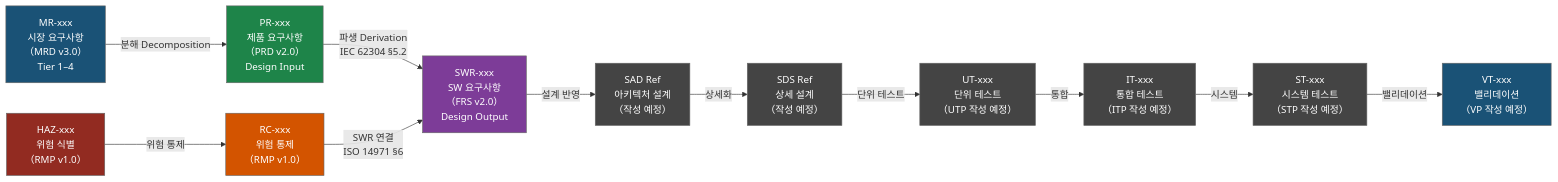
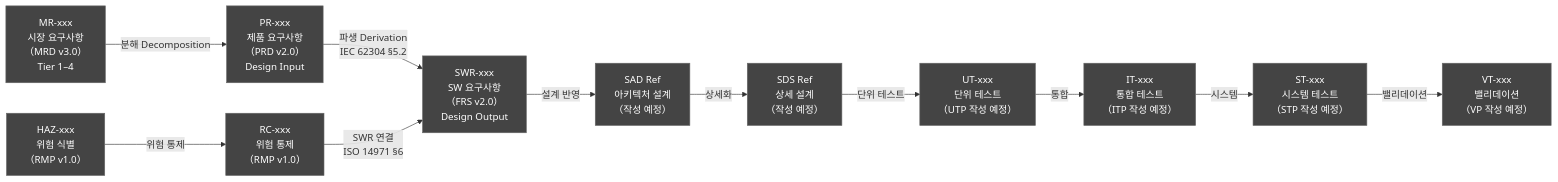
One commit to holee9/console-gui changed the first of 6 diagrams in docs/verification/DOC-032_RTM_v2.0.md. Above: the diagram before and after it, drawn with Mermaid. The commit also changed other lines of this file and 35 other files, not shown here.

First line of the commit message:
fix: 전체 Mermaid 차트 색상 진한 회색 통일

````diff
--- a/docs/verification/DOC-032_RTM_v2.0.md
+++ b/docs/verification/DOC-032_RTM_v2.0.md
@@ -152,35 +152,35 @@
 ```mermaid
 flowchart LR
     MR["MR-xxx\n시장 요구사항\n（MRD v3.0）\nTier 1–4"]
     PR["PR-xxx\n제품 요구사항\n（PRD v2.0）\nDesign Input"]
     SWR["SWR-xxx\nSW 요구사항\n（FRS v2.0）\nDesign Output"]
     SAD["SAD Ref\n아키텍처 설계\n（작성 예정）"]
     SDS["SDS Ref\n상세 설계\n（작성 예정）"]
     UT["UT-xxx\n단위 테스트\n（UTP 작성 예정）"]
     IT["IT-xxx\n통합 테스트\n（ITP 작성 예정）"]
     ST["ST-xxx\n시스템 테스트\n（STP 작성 예정）"]
     VT["VT-xxx\n밸리데이션\n（VP 작성 예정）"]
 
     HAZ["HAZ-xxx\n위험 식별\n（RMP v1.0）"]
     RC["RC-xxx\n위험 통제\n（RMP v1.0）"]
 
     MR -->|"분해 Decomposition"| PR
     PR -->|"파생 Derivation\nIEC 62304 §5.2"| SWR
     SWR -->|"설계 반영"| SAD
     SAD -->|"상세화"| SDS
     SDS -->|"단위 테스트"| UT
     UT -->|"통합"| IT
     IT -->|"시스템"| ST
     ST -->|"밸리데이션"| VT
 
     HAZ -->|"위험 통제"| RC
     RC -->|"SWR 연결\nISO 14971 §6"| SWR
 
     classDef default fill:#444,stroke:#666,color:#fff
-    style MR fill:#1a5276,color:#fff
-    style PR fill:#1e8449,color:#fff
-    style SWR fill:#7d3c98,color:#fff
-    style HAZ fill:#922b21,color:#fff
-    style RC fill:#d35400,color:#fff
-    style VT fill:#1a5276,color:#fff
+    style MR fill:#444,color:#fff
+    style PR fill:#444,color:#fff
+    style SWR fill:#444,color:#fff
+    style HAZ fill:#444,color:#fff
+    style RC fill:#444,color:#fff
+    style VT fill:#444,color:#fff
 ```
````
